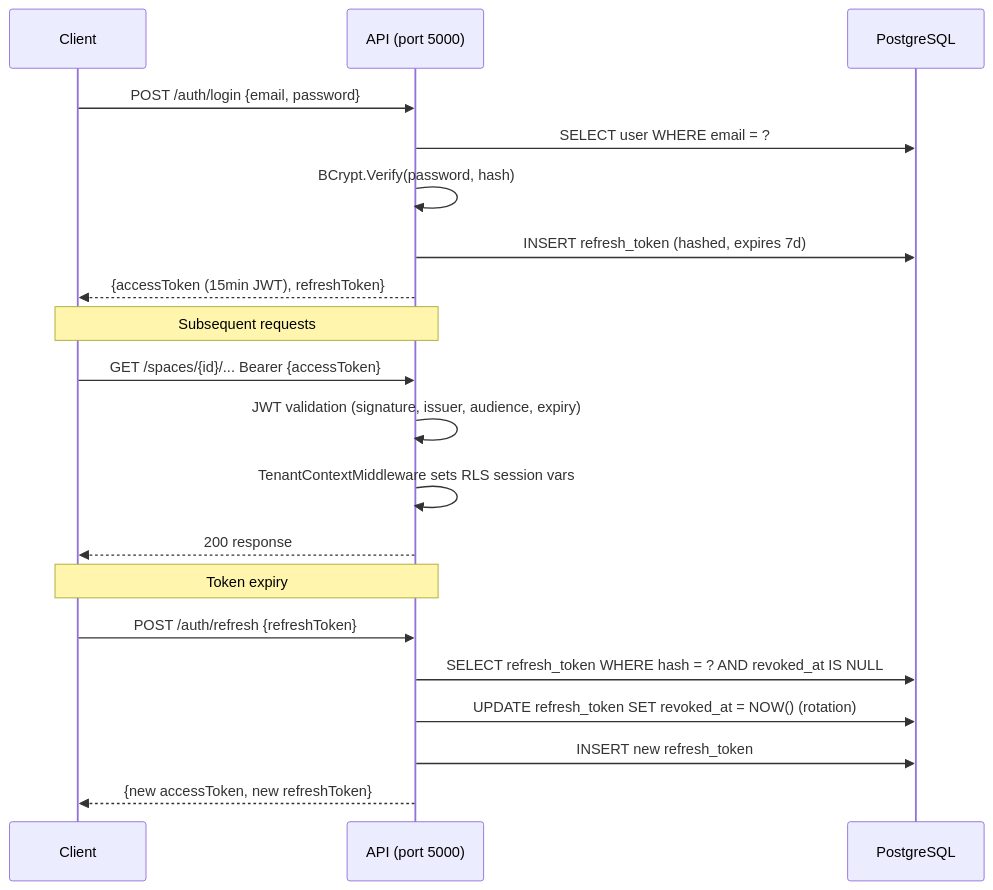
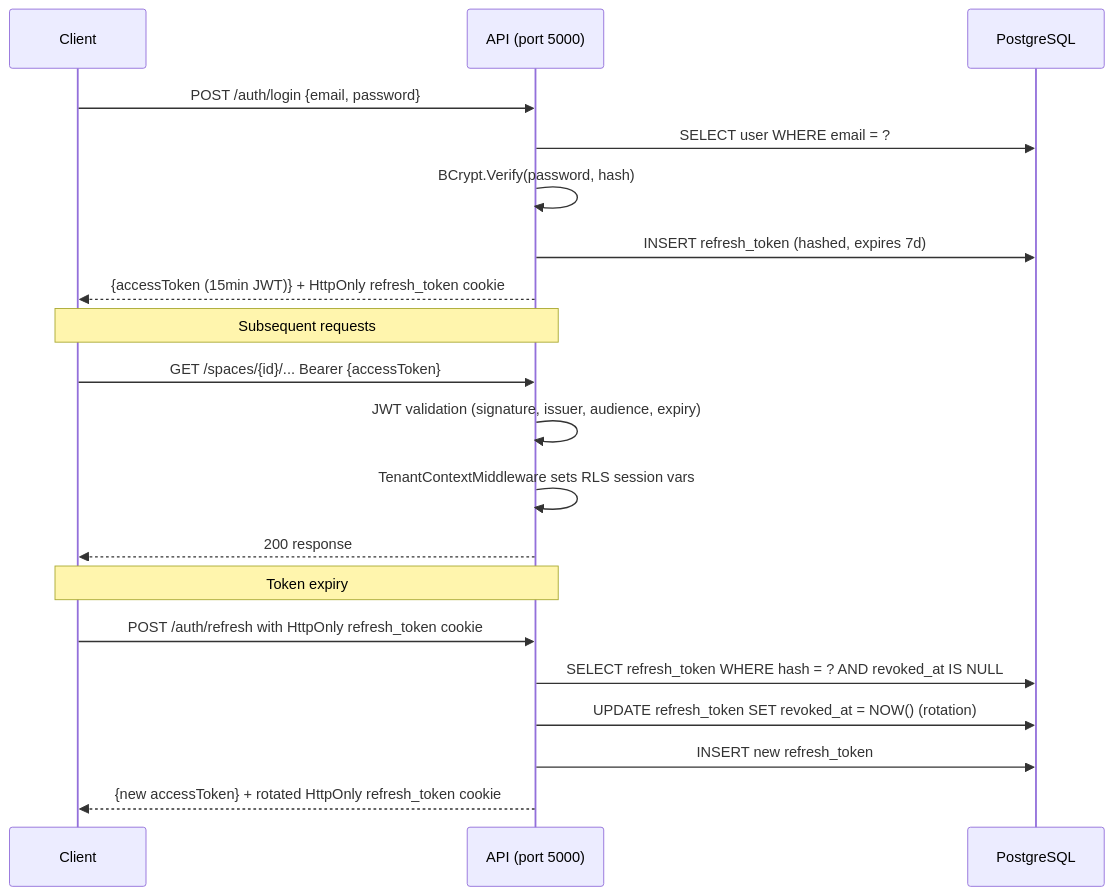
Before and after one commit to OfekItzhaki/Shifter: the second of 3 diagrams in docs/ARCHITECTURE.md, drawn with Mermaid. The commit also changed other lines of this file and 35 other files, not shown here.

````diff
--- a/docs/ARCHITECTURE.md
+++ b/docs/ARCHITECTURE.md
@@ -183,25 +183,25 @@
 ```mermaid
 sequenceDiagram
     participant C as Client
     participant API as API (port 5000)
     participant DB as PostgreSQL
 
     C->>API: POST /auth/login {email, password}
     API->>DB: SELECT user WHERE email = ?
     API->>API: BCrypt.Verify(password, hash)
     API->>DB: INSERT refresh_token (hashed, expires 7d)
-    API-->>C: {accessToken (15min JWT), refreshToken}
+    API-->>C: {accessToken (15min JWT)} + HttpOnly refresh_token cookie
 
     Note over C,API: Subsequent requests
     C->>API: GET /spaces/{id}/... Bearer {accessToken}
     API->>API: JWT validation (signature, issuer, audience, expiry)
     API->>API: TenantContextMiddleware sets RLS session vars
     API-->>C: 200 response
 
     Note over C,API: Token expiry
-    C->>API: POST /auth/refresh {refreshToken}
+    C->>API: POST /auth/refresh with HttpOnly refresh_token cookie
     API->>DB: SELECT refresh_token WHERE hash = ? AND revoked_at IS NULL
     API->>DB: UPDATE refresh_token SET revoked_at = NOW() (rotation)
     API->>DB: INSERT new refresh_token
-    API-->>C: {new accessToken, new refreshToken}
+    API-->>C: {new accessToken} + rotated HttpOnly refresh_token cookie
 ```
````
